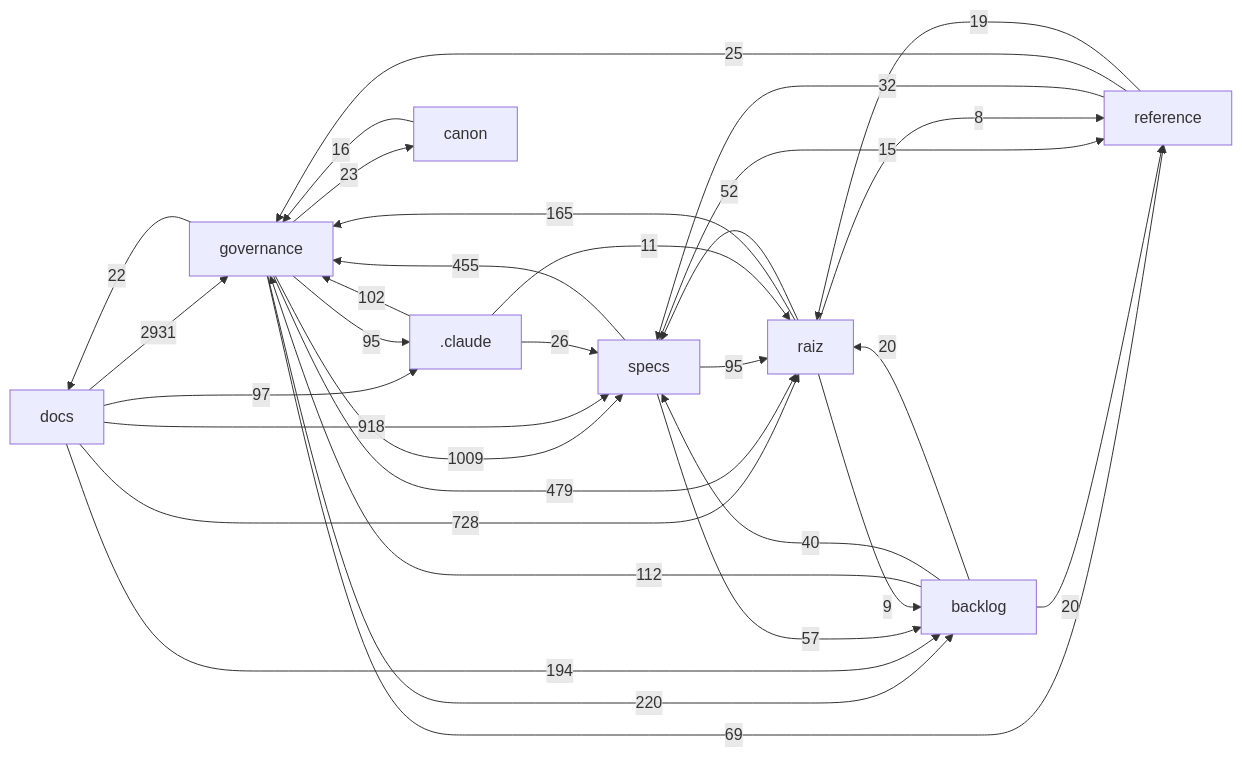
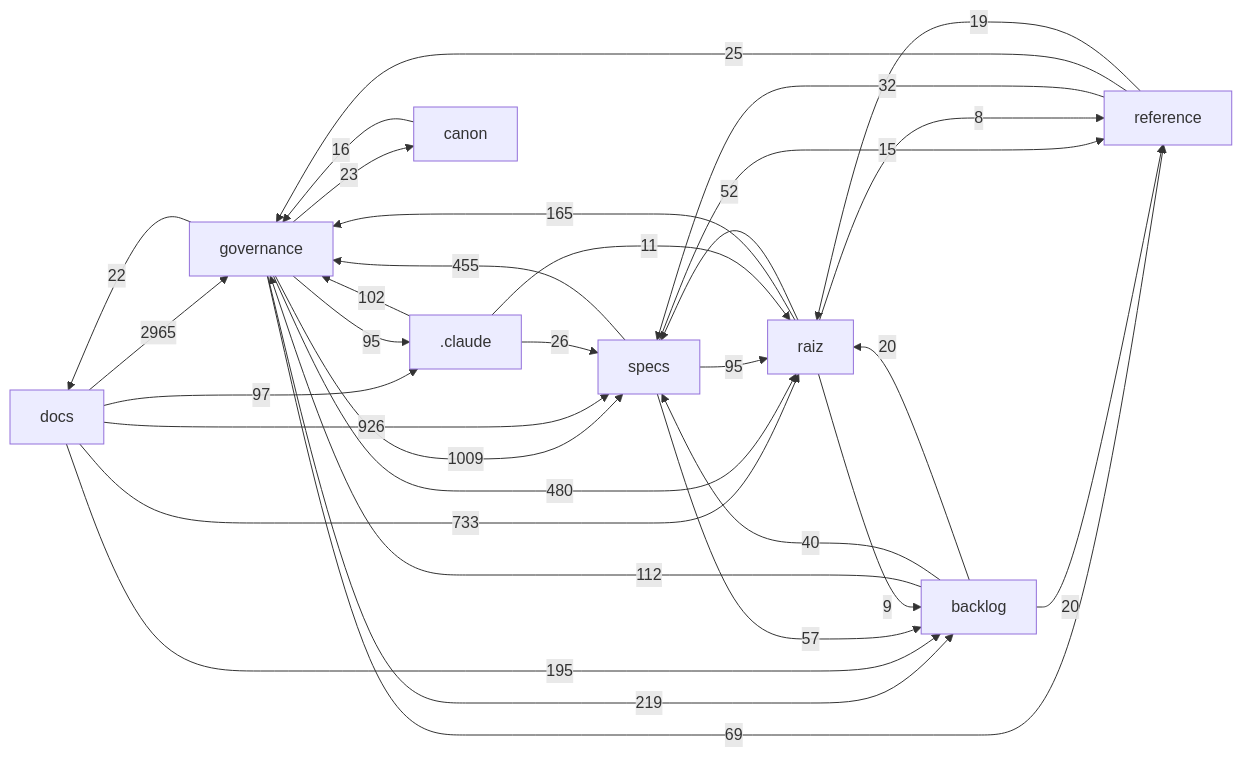
The diagram in docs/mapa/MAPA-PROJETO.md (Andraus35/Sistema-Operacional-de-Trading--SOT), drawn with Mermaid before and after one commit. The commit also changed other lines of this file and 8 other files, not shown here.

````diff
--- a/docs/mapa/MAPA-PROJETO.md
+++ b/docs/mapa/MAPA-PROJETO.md
@@ -29,34 +29,34 @@
 ```mermaid
 flowchart LR
-  docs["docs"] -->|2931| governance["governance"]
+  docs["docs"] -->|2965| governance["governance"]
   governance["governance"] -->|1009| specs["specs"]
-  docs["docs"] -->|918| specs["specs"]
-  docs["docs"] -->|728| raiz["raiz"]
-  governance["governance"] -->|479| raiz["raiz"]
+  docs["docs"] -->|926| specs["specs"]
+  docs["docs"] -->|733| raiz["raiz"]
+  governance["governance"] -->|480| raiz["raiz"]
   specs["specs"] -->|455| governance["governance"]
-  governance["governance"] -->|220| backlog["backlog"]
-  docs["docs"] -->|194| backlog["backlog"]
+  governance["governance"] -->|219| backlog["backlog"]
+  docs["docs"] -->|195| backlog["backlog"]
   raiz["raiz"] -->|165| governance["governance"]
   backlog["backlog"] -->|112| governance["governance"]
   _claude[".claude"] -->|102| governance["governance"]
   docs["docs"] -->|97| _claude[".claude"]
   governance["governance"] -->|95| _claude[".claude"]
   specs["specs"] -->|95| raiz["raiz"]
   governance["governance"] -->|69| reference["reference"]
   specs["specs"] -->|57| backlog["backlog"]
   raiz["raiz"] -->|52| specs["specs"]
   backlog["backlog"] -->|40| specs["specs"]
   reference["reference"] -->|32| specs["specs"]
   _claude[".claude"] -->|26| specs["specs"]
   reference["reference"] -->|25| governance["governance"]
   governance["governance"] -->|23| canon["canon"]
   governance["governance"] -->|22| docs["docs"]
   backlog["backlog"] -->|20| raiz["raiz"]
   backlog["backlog"] -->|20| reference["reference"]
   reference["reference"] -->|19| raiz["raiz"]
   canon["canon"] -->|16| governance["governance"]
   specs["specs"] -->|15| reference["reference"]
   _claude[".claude"] -->|11| raiz["raiz"]
   raiz["raiz"] -->|9| backlog["backlog"]
   raiz["raiz"] -->|8| reference["reference"]
 ```
````
